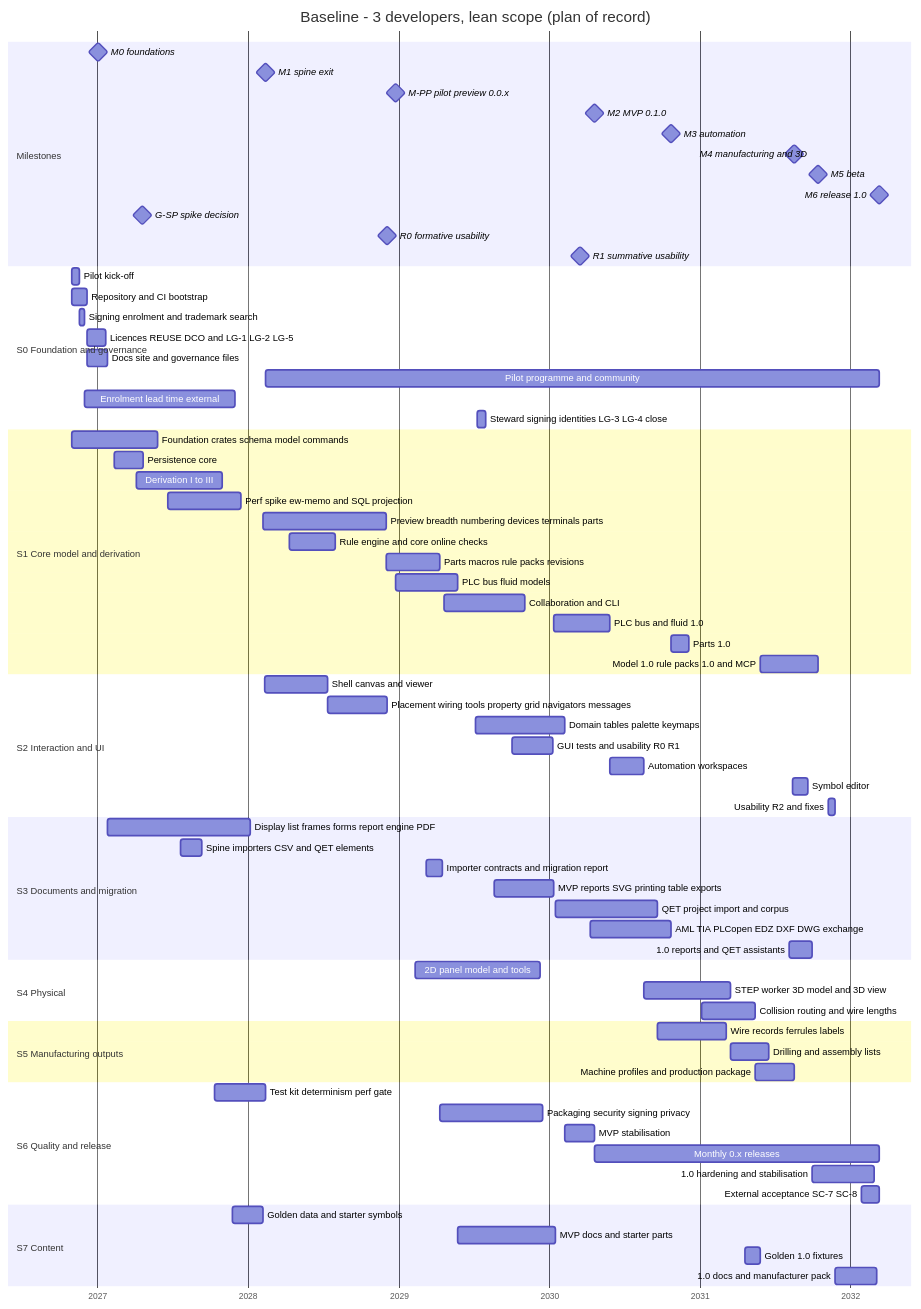
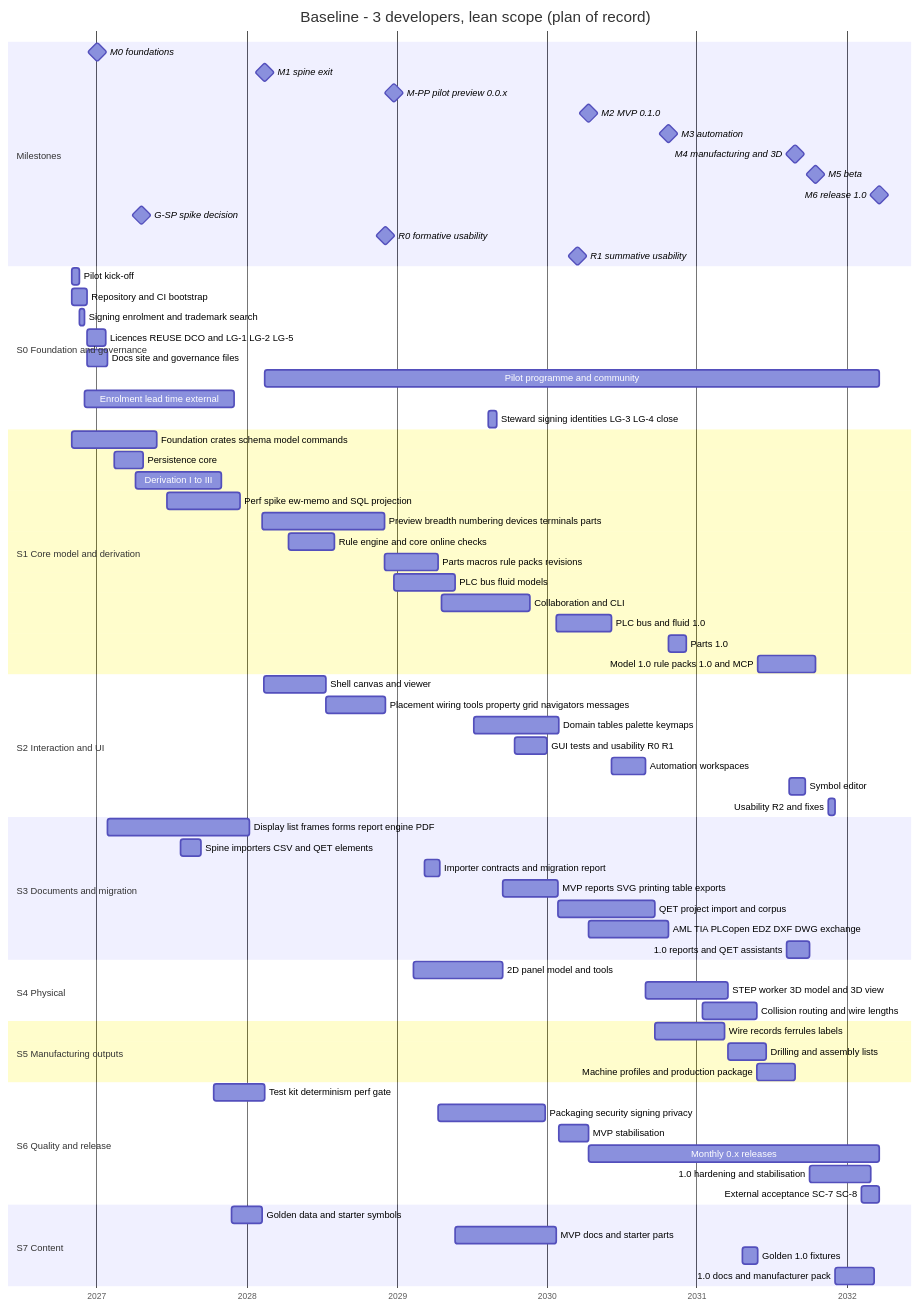
Before and after one commit to Ironkode787/ElektraWatt: the second of 3 diagrams in docs/plan/01-global-plan.md, drawn with Mermaid. The commit also changed other lines of this file and 13 other files, not shown here.

````diff
--- a/docs/plan/01-global-plan.md
+++ b/docs/plan/01-global-plan.md
@@ -1084,76 +1102,76 @@
 ```mermaid
 gantt
   title Baseline - 3 developers, lean scope (plan of record)
   dateFormat YYYY-MM-DD
   axisFormat %Y
   section Milestones
   M0 foundations :milestone, m0, 2027-01-03, 0d
   M1 spine exit :milestone, m1, 2028-02-14, 0d
   M-PP pilot preview 0.0.x :milestone, m2, 2028-12-24, 0d
-  M2 MVP 0.1.0 :milestone, m3, 2030-04-21, 0d
-  M3 automation :milestone, m4, 2030-10-22, 0d
-  M4 manufacturing and 3D :milestone, m5, 2031-08-17, 0d
-  M5 beta :milestone, m6, 2031-10-13, 0d
-  M6 release 1.0 :milestone, m7, 2032-03-10, 0d
+  M2 MVP 0.1.0 :milestone, m3, 2030-04-12, 0d
+  M3 automation :milestone, m4, 2030-10-24, 0d
+  M4 manufacturing and 3D :milestone, m5, 2031-08-28, 0d
+  M5 beta :milestone, m6, 2031-10-16, 0d
+  M6 release 1.0 :milestone, m7, 2032-03-20, 0d
   G-SP spike decision :milestone, gsp, 2027-04-20, 0d
   R0 formative usability :milestone, r0, 2028-12-04, 0d
   R1 summative usability :milestone, r1, 2030-03-17, 0d
   section S0 Foundation and governance
   Pilot kick-off :t1, 2026-11-01, 2026-11-20
   Repository and CI bootstrap :t2, 2026-11-01, 2026-12-09
   Signing enrolment and trademark search :t3, 2026-11-20, 2026-12-02
   Licences REUSE DCO and LG-1 LG-2 LG-5 :t4, 2026-12-09, 2027-01-23
   Docs site and governance files :t5, 2026-12-09, 2027-01-27
-  Pilot programme and community :t6, 2028-02-14, 2032-03-10
+  Pilot programme and community :t6, 2028-02-14, 2032-03-20
   Enrolment lead time external :t7, 2026-12-02, 2027-12-01
-  Steward signing identities LG-3 LG-4 close :t8, 2029-07-11, 2029-07-30
+  Steward signing identities LG-3 LG-4 close :t8, 2029-08-12, 2029-08-31
   section S1 Core model and derivation
   Foundation crates schema model commands :t9, 2026-11-01, 2027-05-27
   Persistence core :t10, 2027-02-12, 2027-04-23
   Derivation I to III :t11, 2027-04-06, 2027-11-01
   Perf spike ew-memo and SQL projection :t12, 2027-06-21, 2027-12-15
   Preview breadth numbering devices terminals parts :t13, 2028-02-08, 2028-12-02
   Rule engine and core online checks :t14, 2028-04-11, 2028-08-01
   Parts macros rule packs revisions :t15, 2028-12-02, 2029-04-10
   PLC bus fluid models :t16, 2028-12-24, 2029-05-23
-  Collaboration and CLI :t17, 2029-04-20, 2029-11-02
-  PLC bus and fluid 1.0 :t18, 2030-01-11, 2030-05-27
-  Parts 1.0 :t19, 2030-10-22, 2030-12-05
-  Model 1.0 rule packs 1.0 and MCP :t20, 2031-05-27, 2031-10-13
+  Collaboration and CLI :t17, 2029-04-20, 2029-11-21
+  PLC bus and fluid 1.0 :t18, 2030-01-24, 2030-06-07
+  Parts 1.0 :t19, 2030-10-24, 2030-12-06
+  Model 1.0 rule packs 1.0 and MCP :t20, 2031-05-30, 2031-10-16
   section S2 Interaction and UI
   Shell canvas and viewer :t21, 2028-02-11, 2028-07-12
   Placement wiring tools property grid navigators messages :t22, 2028-07-12, 2028-12-04
-  Domain tables palette keymaps :t23, 2029-07-07, 2030-02-08
-  GUI tests and usability R0 R1 :t24, 2029-10-03, 2030-01-10
-  Automation workspaces :t25, 2030-05-27, 2030-08-17
-  Symbol editor :t26, 2031-08-12, 2031-09-19
-  Usability R2 and fixes :t27, 2031-11-07, 2031-11-24
+  Domain tables palette keymaps :t23, 2029-07-07, 2030-01-29
+  GUI tests and usability R0 R1 :t24, 2029-10-15, 2030-01-01
+  Automation workspaces :t25, 2030-06-07, 2030-08-28
+  Symbol editor :t26, 2031-08-14, 2031-09-21
+  Usability R2 and fixes :t27, 2031-11-17, 2031-12-04
   section S3 Documents and migration
   Display list frames forms report engine PDF :t28, 2027-01-27, 2028-01-08
   Spine importers CSV and QET elements :t29, 2027-07-23, 2027-09-11
   Importer contracts and migration report :t30, 2029-03-09, 2029-04-16
-  MVP reports SVG printing table exports :t31, 2029-08-20, 2030-01-11
-  QET project import and corpus :t32, 2030-01-16, 2030-09-19
-  AML TIA PLCopen EDZ DXF DWG exchange :t33, 2030-04-10, 2030-10-22
-  1.0 reports and QET assistants :t34, 2031-08-04, 2031-09-30
+  MVP reports SVG printing table exports :t31, 2029-09-16, 2030-01-27
+  QET project import and corpus :t32, 2030-01-27, 2030-09-21
+  AML TIA PLCopen EDZ DXF DWG exchange :t33, 2030-04-12, 2030-10-24
+  1.0 reports and QET assistants :t34, 2031-08-07, 2031-10-02
   section S4 Physical
-  2D panel model and tools :t35, 2029-02-10, 2029-12-09
-  STEP worker 3D model and 3D view :t36, 2030-08-17, 2031-03-15
-  Collision routing and wire lengths :t37, 2031-01-04, 2031-05-15
+  2D panel model and tools :t35, 2029-02-10, 2029-09-16
+  STEP worker 3D model and 3D view :t36, 2030-08-28, 2031-03-17
+  Collision routing and wire lengths :t37, 2031-01-15, 2031-05-26
   section S5 Manufacturing outputs
-  Wire records ferrules labels :t38, 2030-09-19, 2031-03-06
-  Drilling and assembly lists :t39, 2031-03-15, 2031-06-17
-  Machine profiles and production package :t40, 2031-05-15, 2031-08-17
+  Wire records ferrules labels :t38, 2030-09-21, 2031-03-09
+  Drilling and assembly lists :t39, 2031-03-17, 2031-06-19
+  Machine profiles and production package :t40, 2031-05-26, 2031-08-28
   section S6 Quality and release
   Test kit determinism perf gate :t41, 2027-10-12, 2028-02-14
-  Packaging security signing privacy :t42, 2029-04-10, 2029-12-16
-  MVP stabilisation :t43, 2030-02-08, 2030-04-21
-  Monthly 0.x releases :t44, 2030-04-21, 2032-03-10
-  1.0 hardening and stabilisation :t45, 2031-09-30, 2032-02-26
-  External acceptance SC-7 SC-8 :t46, 2032-01-26, 2032-03-10
+  Packaging security signing privacy :t42, 2029-04-10, 2029-12-27
+  MVP stabilisation :t43, 2030-01-29, 2030-04-12
+  Monthly 0.x releases :t44, 2030-04-12, 2032-03-20
+  1.0 hardening and stabilisation :t45, 2031-10-02, 2032-02-29
+  External acceptance SC-7 SC-8 :t46, 2032-02-05, 2032-03-20
   section S7 Content
   Golden data and starter symbols :t47, 2027-11-26, 2028-02-08
-  MVP docs and starter parts :t48, 2029-05-23, 2030-01-16
-  Golden 1.0 fixtures :t49, 2031-04-20, 2031-05-27
-  1.0 docs and manufacturer pack :t50, 2031-11-24, 2032-03-04
+  MVP docs and starter parts :t48, 2029-05-23, 2030-01-24
+  Golden 1.0 fixtures :t49, 2031-04-22, 2031-05-30
+  1.0 docs and manufacturer pack :t50, 2031-12-04, 2032-03-07
 ```
````
